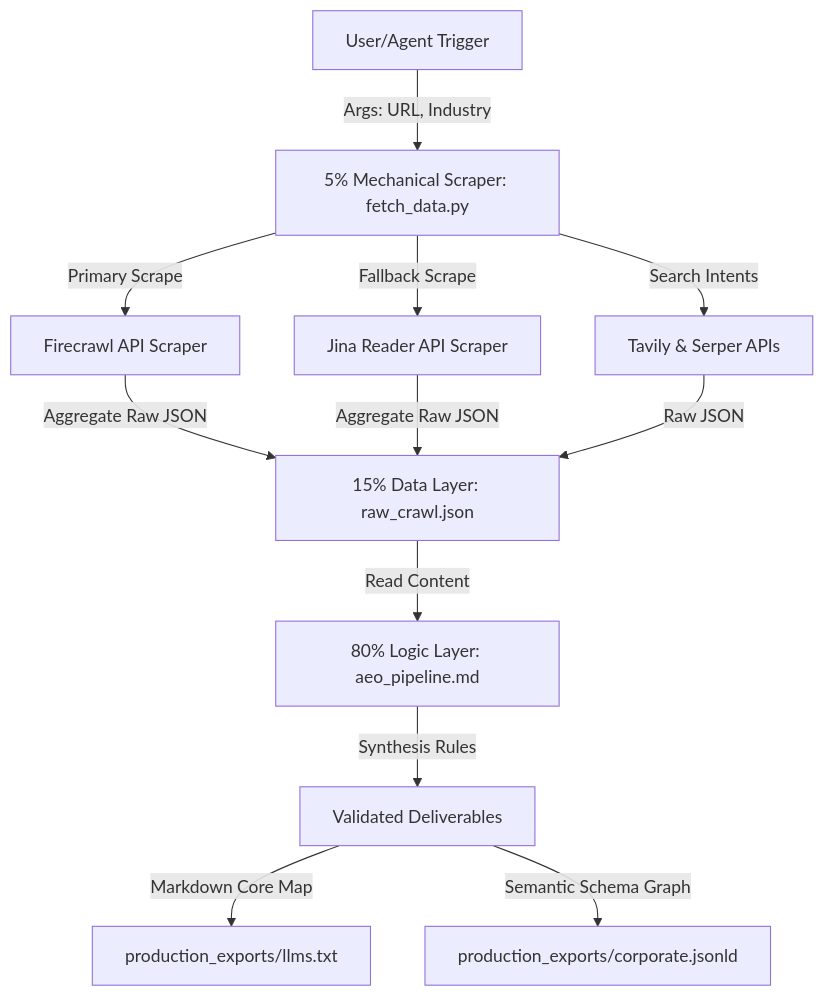
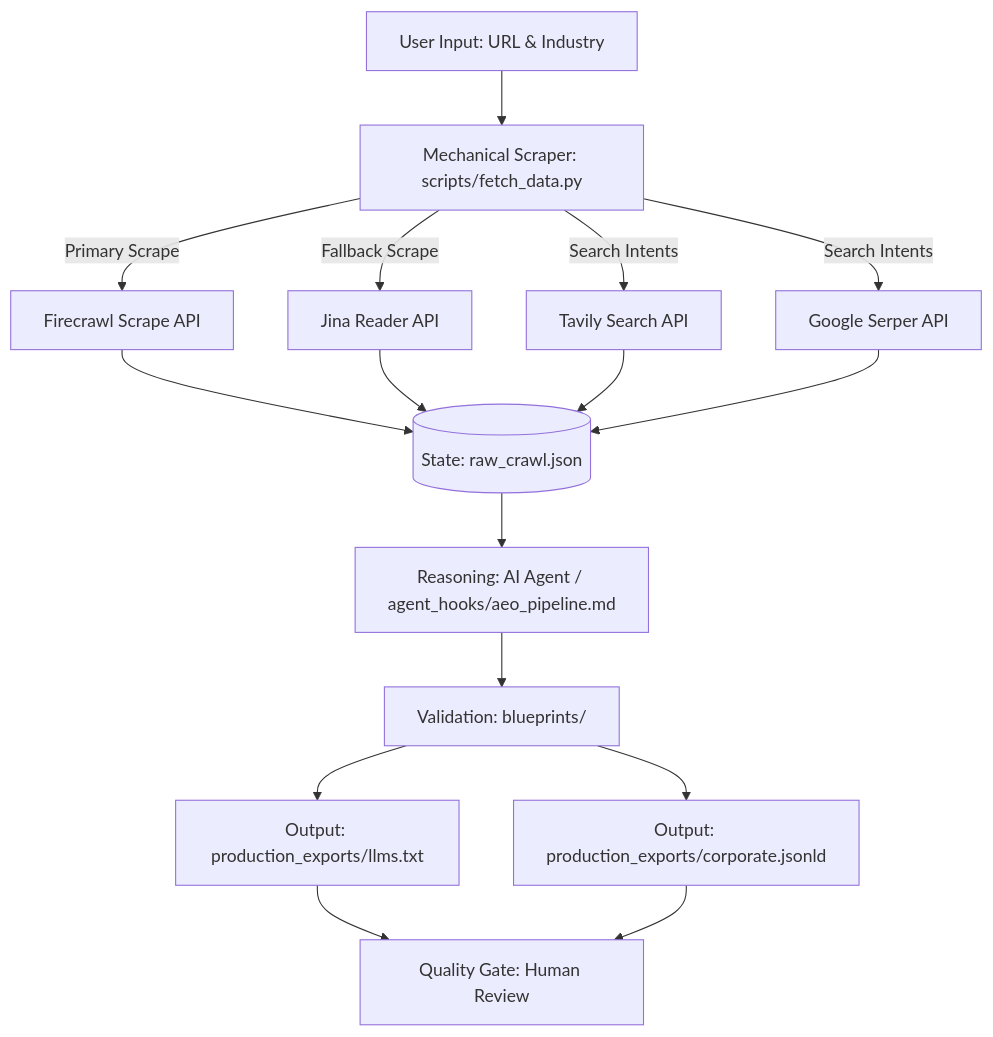
Before and after one commit to satyamuiux-byte/aeo-core-systems: the diagram in README.md, drawn with Mermaid. The commit also changed other lines of this file and 2 other files, not shown here.

Commit message:
refactor: optimize project presentation and alignment for technical portfolio review

````diff
--- a/README.md
+++ b/README.md
@@ -33,14 +74,18 @@
 ```mermaid
 graph TD
-    A[User/Agent Trigger] -->|Args: URL, Industry| B[5% Mechanical Scraper: fetch_data.py]
-    B -->|Primary Scrape| C[Firecrawl API Scraper]
-    B -->|Fallback Scrape| D[Jina Reader API Scraper]
-    C -->|Aggregate Raw JSON| E[15% Data Layer: raw_crawl.json]
-    D -->|Aggregate Raw JSON| E
-    B -->|Search Intents| F[Tavily & Serper APIs]
-    F -->|Raw JSON| E
-    E -->|Read Content| G[80% Logic Layer: aeo_pipeline.md]
-    G -->|Synthesis Rules| H[Validated Deliverables]
-    H -->|Markdown Core Map| I[production_exports/llms.txt]
-    H -->|Semantic Schema Graph| J[production_exports/corporate.jsonld]
+    A[User Input: URL & Industry] --> B[Mechanical Scraper: scripts/fetch_data.py]
+    B -->|Primary Scrape| C[Firecrawl Scrape API]
+    B -->|Fallback Scrape| D[Jina Reader API]
+    B -->|Search Intents| E[Tavily Search API]
+    B -->|Search Intents| F[Google Serper API]
+    C --> G[(State: raw_crawl.json)]
+    D --> G
+    E --> G
+    F --> G
+    G --> H[Reasoning: AI Agent / agent_hooks/aeo_pipeline.md]
+    H --> I[Validation: blueprints/]
+    I --> J[Output: production_exports/llms.txt]
+    I --> K[Output: production_exports/corporate.jsonld]
+    J --> L[Quality Gate: Human Review]
+    K --> L
 ```
````
